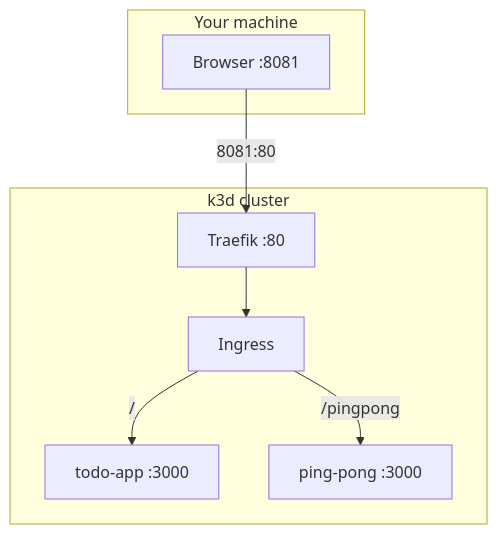
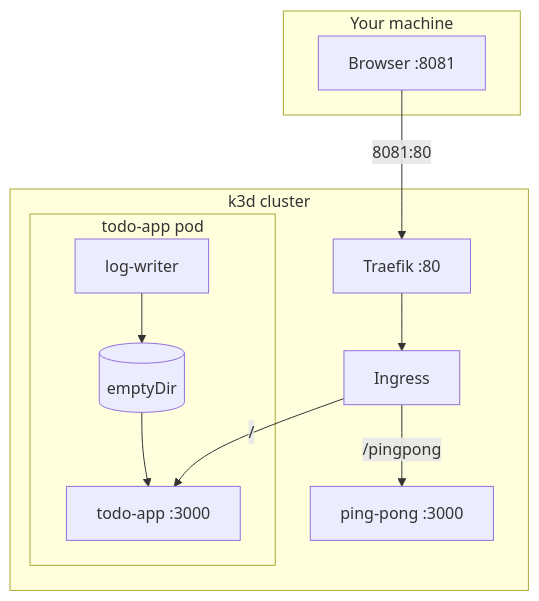
One commit to wmahad/k8s-hands-on changed the diagram in README.md. Above: the diagram before and after it, drawn with Mermaid. The commit also changed other lines of this file and 6 other files, not shown here.

Commit message:
feat: split log output into writer and reader containers

````diff
--- a/README.md
+++ b/README.md
@@ -9,17 +9,22 @@
 ```mermaid
 flowchart TB
   subgraph host [Your machine]
     B[Browser :8081]
   end
 
   subgraph k3d [k3d cluster]
     T[Traefik :80]
     IG[Ingress]
-    TA[todo-app :3000]
+    subgraph pod [todo-app pod]
+      W[log-writer]
+      TA[todo-app :3000]
+      V[(emptyDir)]
+    end
     PP[ping-pong :3000]
   end
 
   B -->|8081:80| T --> IG
   IG -->|"/pingpong"| PP
   IG -->|"/"| TA
+  W --> V --> TA
 ```
````
